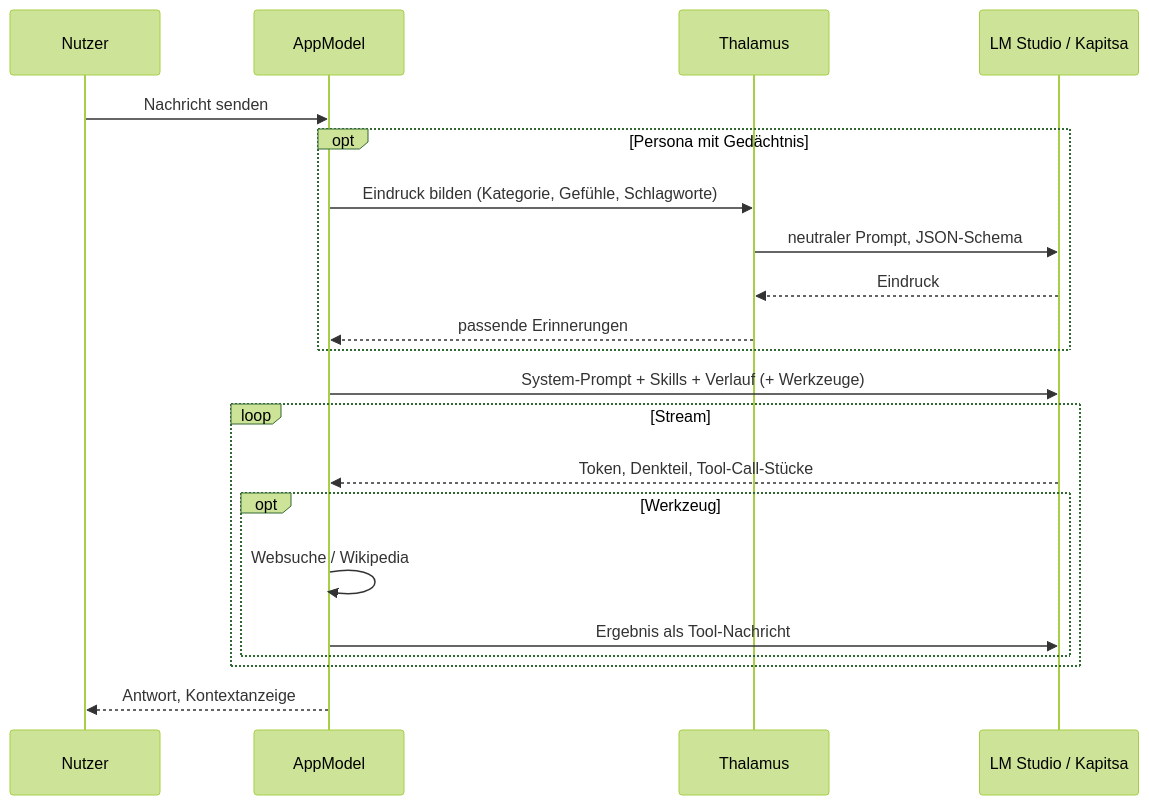
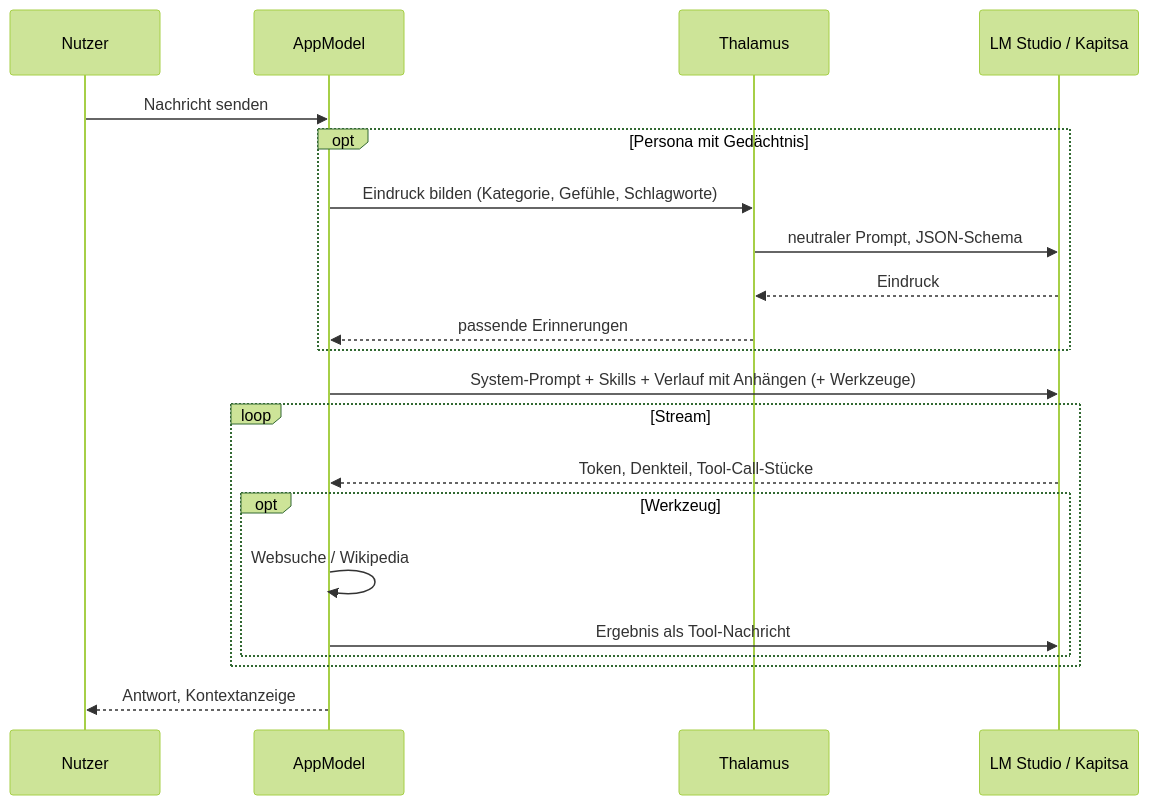
One commit to AlexEhrenberger/LLMDesigner changed the second of 6 diagrams in docs/funktionen.md. Above: the diagram before and after it, drawn with Mermaid (forest theme). The commit also changed other lines of this file and 39 other files, not shown here.

````diff
--- a/docs/funktionen.md
+++ b/docs/funktionen.md
@@ -59,23 +61,23 @@
 ```mermaid
 sequenceDiagram
     participant N as Nutzer
     participant A as AppModel
     participant T as Thalamus
     participant L as LM Studio / Kapitsa
     N->>A: Nachricht senden
     opt Persona mit Gedächtnis
         A->>T: Eindruck bilden (Kategorie, Gefühle, Schlagworte)
         T->>L: neutraler Prompt, JSON-Schema
         L-->>T: Eindruck
         T-->>A: passende Erinnerungen
     end
-    A->>L: System-Prompt + Skills + Verlauf (+ Werkzeuge)
+    A->>L: System-Prompt + Skills + Verlauf mit Anhängen (+ Werkzeuge)
     loop Stream
         L-->>A: Token, Denkteil, Tool-Call-Stücke
         opt Werkzeug
             A->>A: Websuche / Wikipedia
             A->>L: Ergebnis als Tool-Nachricht
         end
     end
     A-->>N: Antwort, Kontextanzeige
 ```
````
